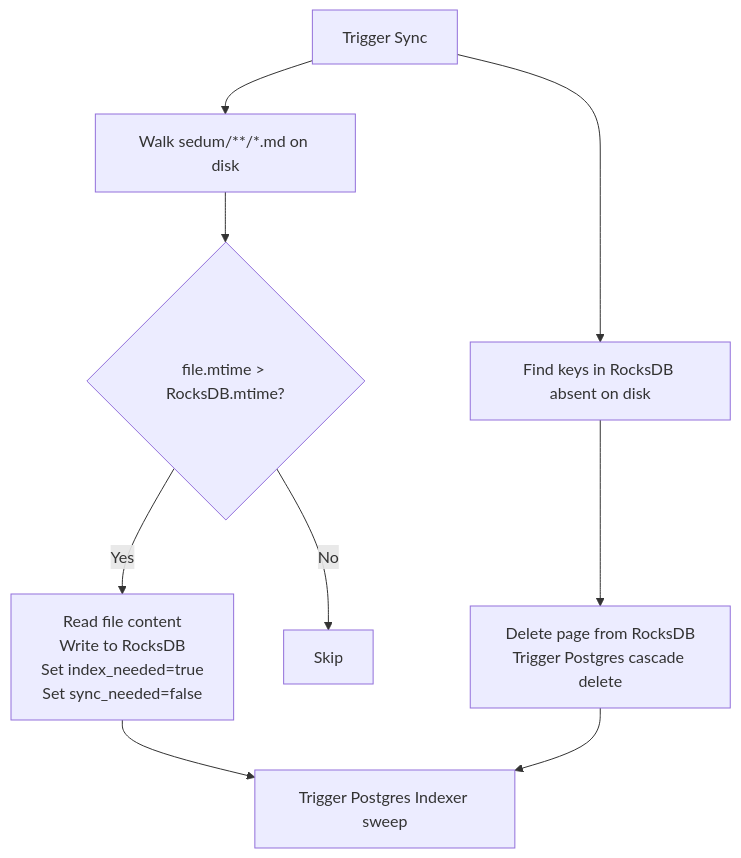
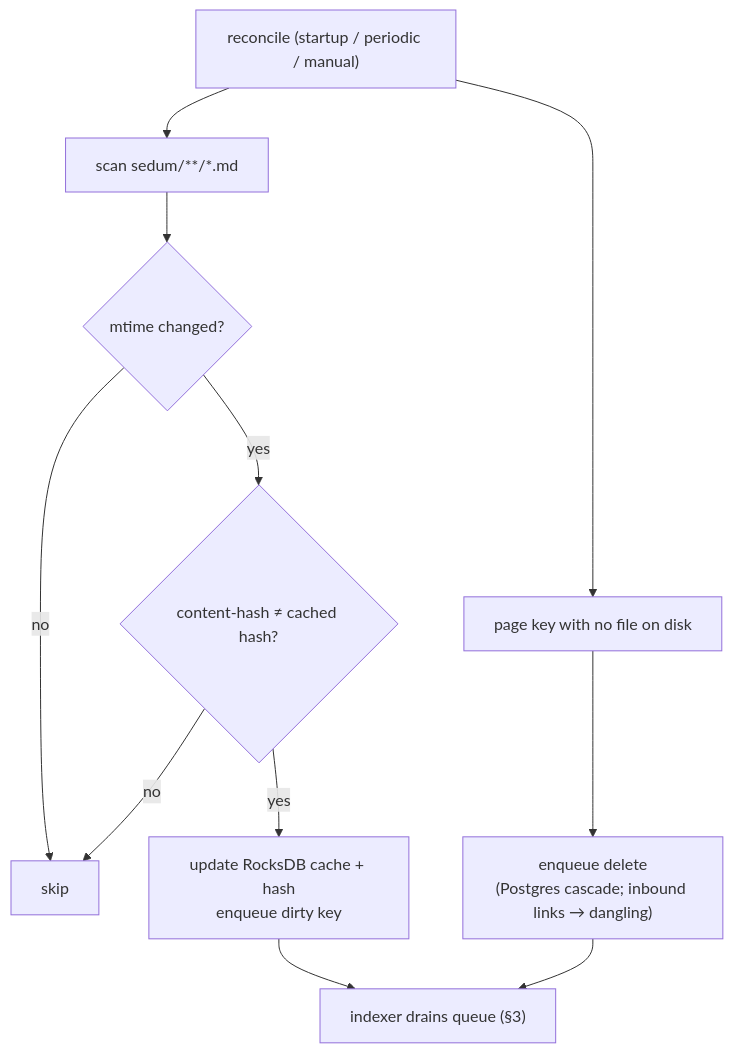
Before and after one commit to azusachino/sedum: the fifth of 5 diagrams in docs/dataflow_v2.md, drawn with Mermaid. The commit also changed other lines of this file and 1 other file, not shown here.

````diff
--- a/docs/dataflow_v2.md
+++ b/docs/dataflow_v2.md
@@ -124,13 +155,13 @@
 ```mermaid
 flowchart TD
-    A["Trigger Sync"] --> B["Walk sedum/**/*.md on disk"]
-    B --> C{"file.mtime > RocksDB.mtime?"}
-    C -- Yes --> D["Read file content\nWrite to RocksDB\nSet index_needed=true\nSet sync_needed=false"]
-    C -- No --> E["Skip"]
-    
-    A --> F["Find keys in RocksDB absent on disk"]
-    F --> G["Delete page from RocksDB\nTrigger Postgres cascade delete"]
-    
-    D --> H["Trigger Postgres Indexer sweep"]
-    G --> H
+  A["reconcile (startup / periodic / manual)"] --> B["scan sedum/**/*.md"]
+  B --> C{"mtime changed?"}
+  C -- no --> E["skip"]
+  C -- yes --> D{"content-hash ≠ cached hash?"}
+  D -- no --> E
+  D -- yes --> U["update RocksDB cache + hash<br/>enqueue dirty key"]
+  A --> M["page key with no file on disk"]
+  M --> X["enqueue delete<br/>(Postgres cascade; inbound links → dangling)"]
+  U --> H["indexer drains queue (§3)"]
+  X --> H
 ```
````
